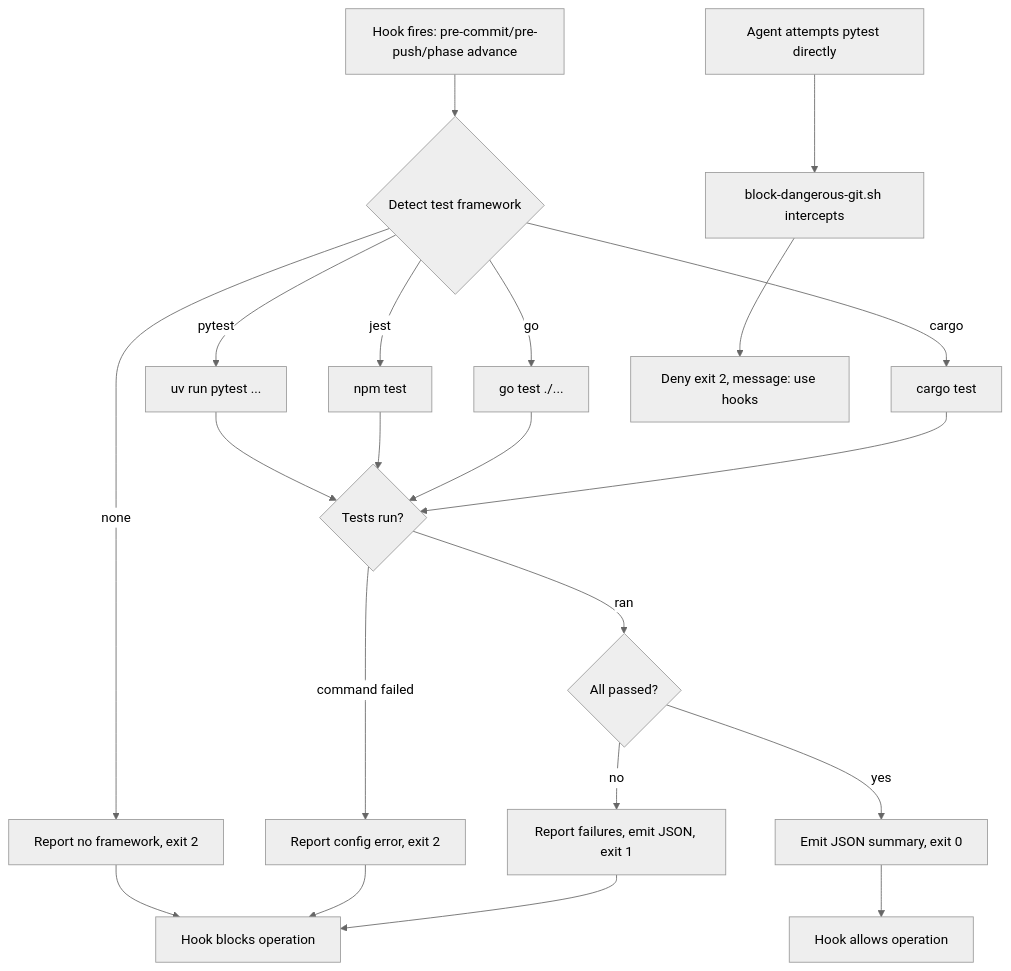
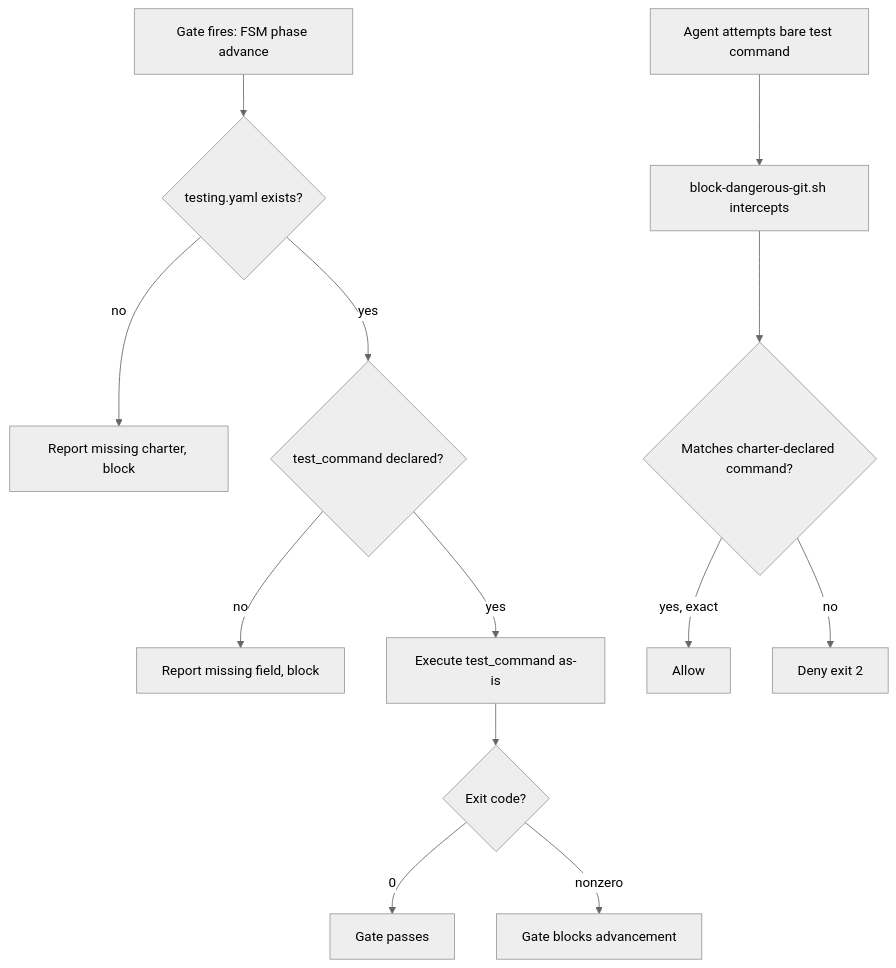
The diagram in docs/spec/use_cases/UC-09-run-tests-via-hook.md (matthiasdaues/agent_factory), drawn with Mermaid (neutral theme) before and after one commit. The commit also changed other lines of this file and 8 other files, not shown here.

First line of the commit message:
docs: update specification for test-gate-presence feature

````diff
--- a/docs/spec/use_cases/UC-09-run-tests-via-hook.md
+++ b/docs/spec/use_cases/UC-09-run-tests-via-hook.md
@@ -89,28 +75,16 @@
 ```mermaid
 flowchart TD
-    A[Hook fires: pre-commit/pre-push/phase advance] --> B{Detect test framework}
-    B -->|pytest| C[uv run pytest ...]
-    B -->|jest| D[npm test]
-    B -->|go| E[go test ./...]
-    B -->|cargo| F[cargo test]
-    B -->|none| G[Report no framework, exit 2]
-    
-    C --> H{Tests run?}
-    D --> H
-    E --> H
-    F --> H
-    
-    H -->|command failed| I[Report config error, exit 2]
-    H -->|ran| J{All passed?}
-    
-    J -->|yes| K[Emit JSON summary, exit 0]
-    J -->|no| L[Report failures, emit JSON, exit 1]
-    
-    K --> M[Hook allows operation]
-    G --> N[Hook blocks operation]
-    I --> N
-    L --> N
-    
-    O[Agent attempts pytest directly] --> P[block-dangerous-git.sh intercepts]
-    P --> Q[Deny exit 2, message: use hooks]
+    A[Gate fires: FSM phase advance] --> B{testing.yaml exists?}
+    B -->|no| C[Report missing charter, block]
+    B -->|yes| D{test_command declared?}
+    D -->|no| E[Report missing field, block]
+    D -->|yes| F[Execute test_command as-is]
+    F --> G{Exit code?}
+    G -->|0| H[Gate passes]
+    G -->|nonzero| I[Gate blocks advancement]
+
+    J[Agent attempts bare test command] --> K[block-dangerous-git.sh intercepts]
+    K --> L{Matches charter-declared command?}
+    L -->|yes, exact| M[Allow]
+    L -->|no| N[Deny exit 2]
 ```
````
